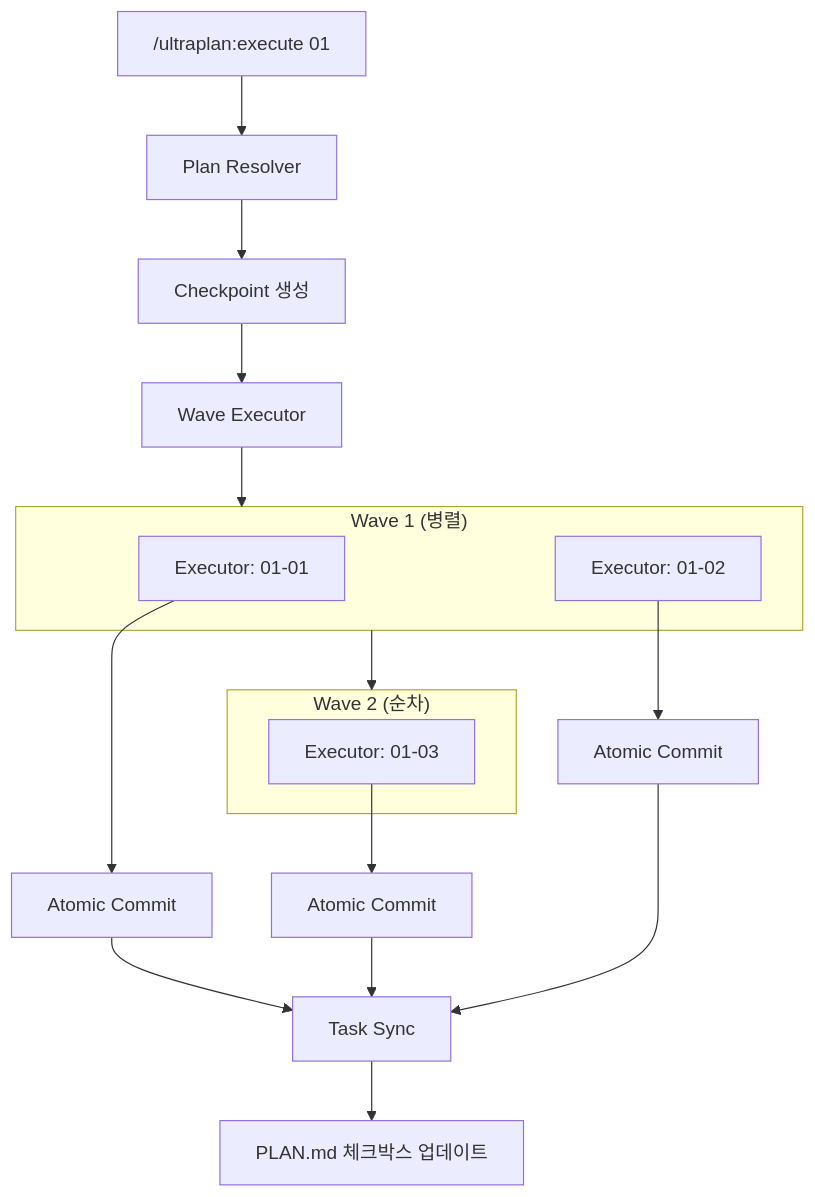
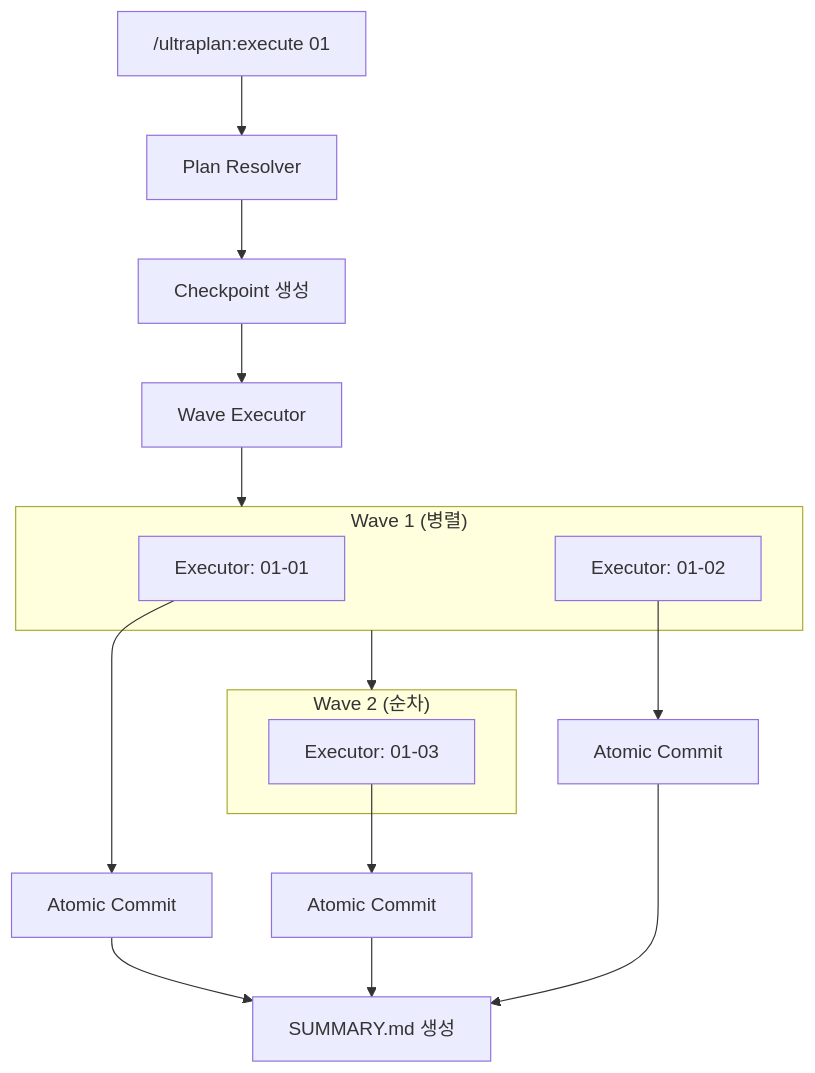
One commit to suhwan/ultra-planning changed the third of 3 diagrams in README.md. Above: the diagram before and after it, drawn with Mermaid. The commit also changed other lines of this file, not shown here.

````diff
--- a/README.md
+++ b/README.md
@@ -173,29 +206,27 @@
 ```mermaid
 flowchart TB
     A["/ultraplan:execute 01"] --> B["Plan Resolver"]
     B --> C["Checkpoint 생성"]
 
     C --> D["Wave Executor"]
 
     subgraph Wave1["Wave 1 (병렬)"]
         E1["Executor: 01-01"]
         E2["Executor: 01-02"]
     end
 
     subgraph Wave2["Wave 2 (순차)"]
         E3["Executor: 01-03"]
     end
 
     D --> Wave1
     Wave1 --> Wave2
 
     E1 --> G1["Atomic Commit"]
     E2 --> G2["Atomic Commit"]
     E3 --> G3["Atomic Commit"]
 
-    G1 --> H["Task Sync"]
+    G1 --> H["SUMMARY.md 생성"]
     G2 --> H
     G3 --> H
-
-    H --> I["PLAN.md 체크박스 업데이트"]
 ```
````
